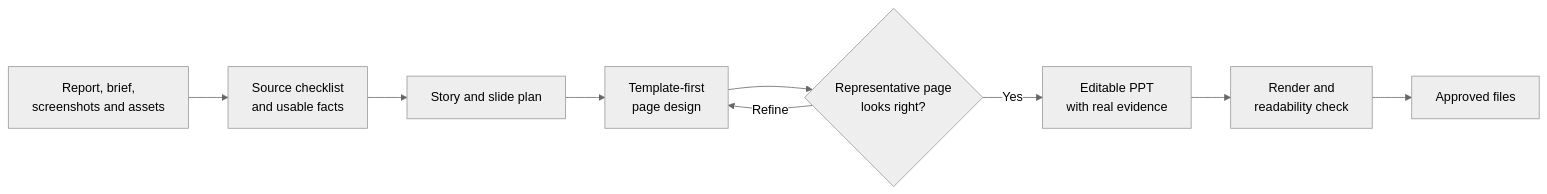
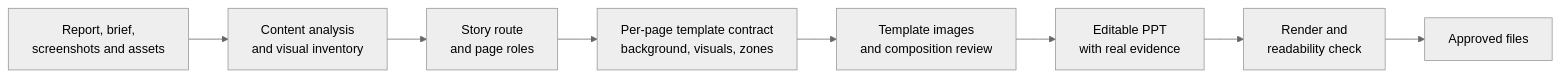
The diagram in README.md (che626/competition-ppt-template-first-skill), drawn with Mermaid (neutral theme) before and after one commit. The commit also changed other lines of this file and 18 other files, not shown here.

Commit message:
feat: add content-to-template planning workflow

````diff
--- a/README.md
+++ b/README.md
@@ -16,11 +16,10 @@
 ```mermaid
 flowchart LR
-    A[Report, brief,<br/>screenshots and assets] --> B[Source checklist<br/>and usable facts]
-    B --> C[Story and slide plan]
-    C --> D[Template-first<br/>page design]
-    D --> E{Representative page<br/>looks right?}
-    E -- Refine --> D
-    E -- Yes --> F[Editable PPT<br/>with real evidence]
+    A[Report, brief,<br/>screenshots and assets] --> B[Content analysis<br/>and visual inventory]
+    B --> C[Story route<br/>and page roles]
+    C --> D[Per-page template contract<br/>background, visuals, zones]
+    D --> E[Template images<br/>and composition review]
+    E --> F[Editable PPT<br/>with real evidence]
     F --> G[Render and<br/>readability check]
     G --> H[Approved files]
 ```
````
